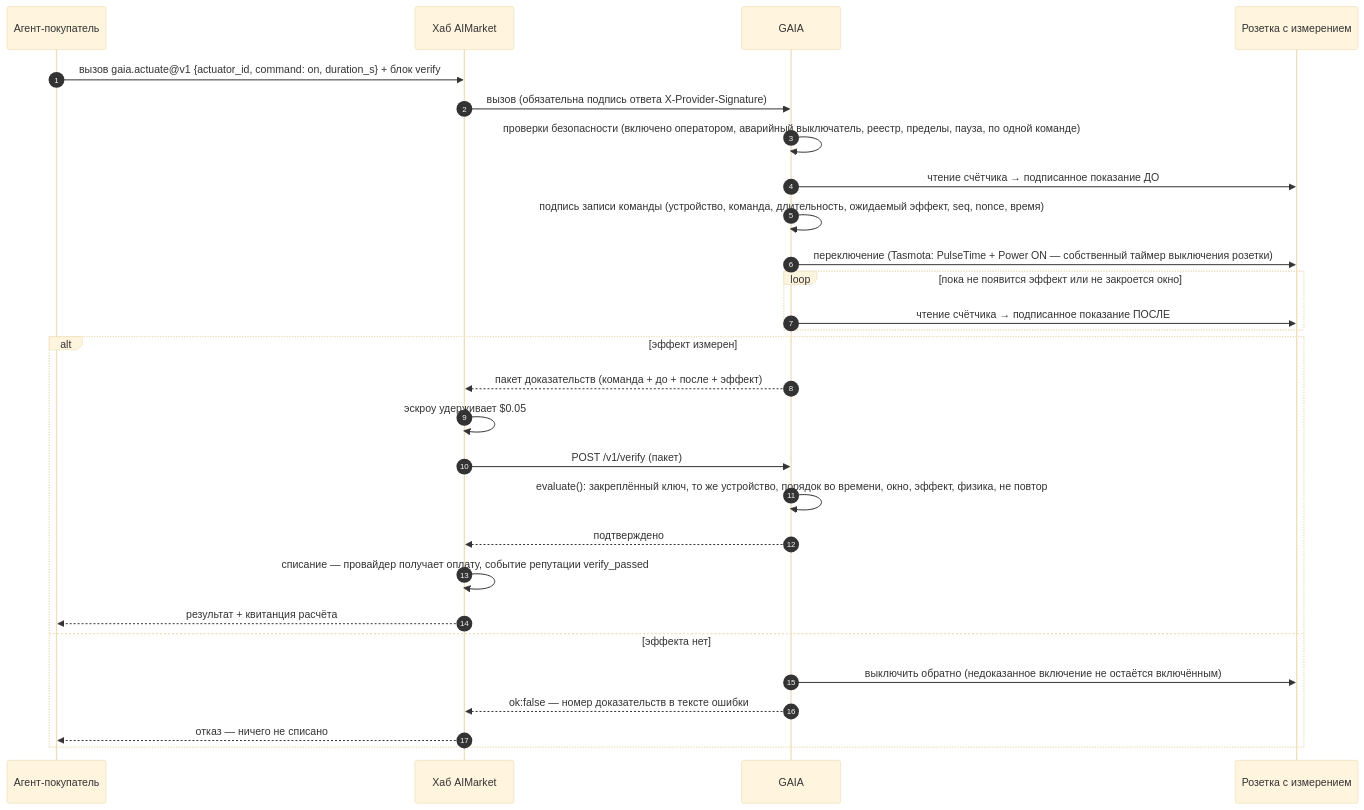
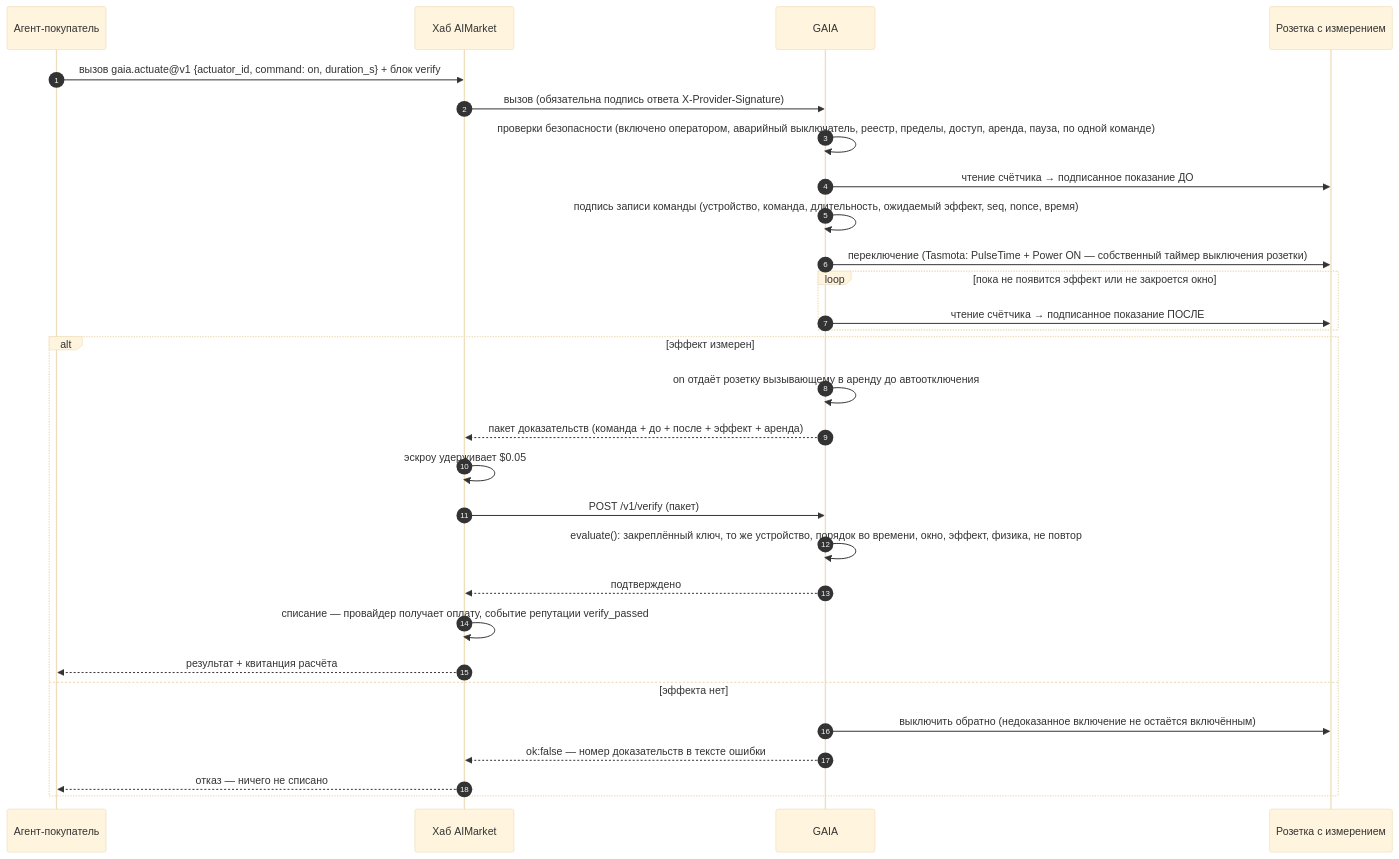
The third of 8 diagrams in docs/i18n/ACTUATION.ru.md (alexar76/gaia), drawn with Mermaid (base theme) before and after one commit. The commit also changed other lines of this file and 50 other files, not shown here.

````diff
--- a/docs/i18n/ACTUATION.ru.md
+++ b/docs/i18n/ACTUATION.ru.md
@@ -112,30 +145,31 @@
 ```mermaid
 sequenceDiagram
     autonumber
     participant B as Агент-покупатель
     participant H as Хаб AIMarket
     participant G as GAIA
     participant P as Розетка с измерением
     B->>H: вызов gaia.actuate@v1 {actuator_id, command: on, duration_s} + блок verify
     H->>G: вызов (обязательна подпись ответа X-Provider-Signature)
-    G->>G: проверки безопасности (включено оператором, аварийный выключатель, реестр, пределы, пауза, по одной команде)
+    G->>G: проверки безопасности (включено оператором, аварийный выключатель, реестр, пределы, доступ, аренда, пауза, по одной команде)
     G->>P: чтение счётчика → подписанное показание ДО
     G->>G: подпись записи команды (устройство, команда, длительность, ожидаемый эффект, seq, nonce, время)
     G->>P: переключение (Tasmota: PulseTime + Power ON — собственный таймер выключения розетки)
     loop пока не появится эффект или не закроется окно
         G->>P: чтение счётчика → подписанное показание ПОСЛЕ
     end
     alt эффект измерен
-        G-->>H: пакет доказательств (команда + до + после + эффект)
+        G->>G: on отдаёт розетку вызывающему в аренду до автоотключения
+        G-->>H: пакет доказательств (команда + до + после + эффект + аренда)
         H->>H: эскроу удерживает $0.05
         H->>G: POST /v1/verify (пакет)
         G->>G: evaluate(): закреплённый ключ, то же устройство, порядок во времени, окно, эффект, физика, не повтор
         G-->>H: подтверждено
         H->>H: списание — провайдер получает оплату, событие репутации verify_passed
         H-->>B: результат + квитанция расчёта
     else эффекта нет
         G->>P: выключить обратно (недоказанное включение не остаётся включённым)
         G-->>H: ok:false — номер доказательств в тексте ошибки
         H-->>B: отказ — ничего не списано
     end
 ```
````
